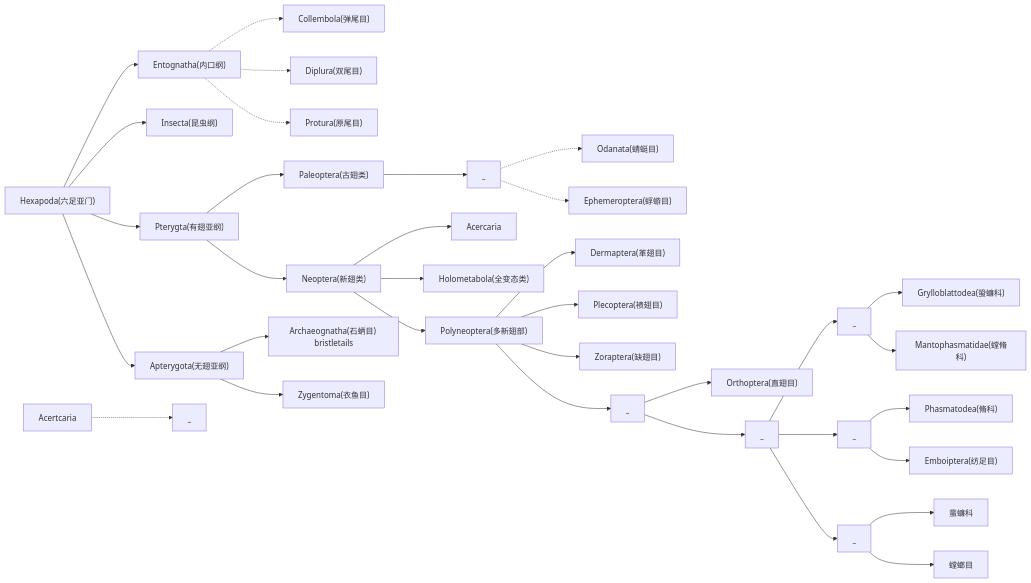
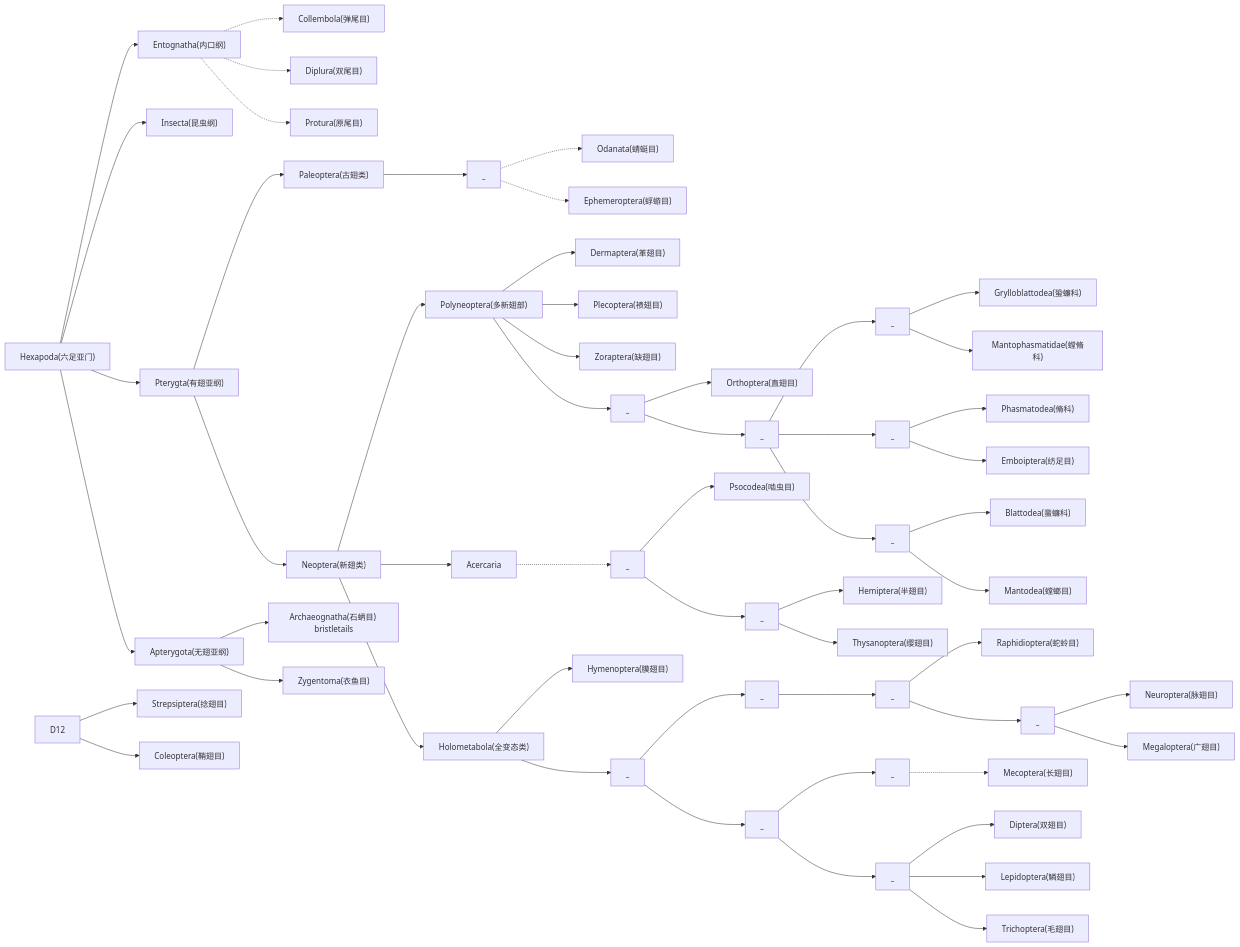
The diagram in content/概念与知识/昆虫的演化.md (threecifanggen/gotcha-hz-biodiversity), drawn with Mermaid before and after one commit.

Commit message:
add pages

````diff
--- a/content/概念与知识/昆虫的演化.md
+++ b/content/概念与知识/昆虫的演化.md
@@ -11,42 +11,64 @@
 ```mermaid
 graph LR
 	Hexapoda["Hexapoda(六足亚门)"]
 	Hexapoda --> Entognatha["Entognatha(内口纲)"]
 	Entognatha -.-> Collembola["Collembola(弹尾目)"]
 	Entognatha -.-> Diplura["Diplura(双尾目)"]
 	Entognatha -.-> Protura["Protura(原尾目)"]
 	Hexapoda --> Insecta["Insecta(昆虫纲)"]
 	Hexapoda --> Apterygota["Apterygota(无翅亚纲)"]
 	Hexapoda --> Pterygta["Pterygta(有翅亚纲)"]
 	Pterygta --> Paleoptera["Paleoptera(古翅类)"]
 	Pterygta --> Neoptera["Neoptera(新翅类)"]
 	Neoptera --> Polyneoptera["Polyneoptera(多新翅部)"]
 	Neoptera --> Acercaria["Acercaria"]
 	Neoptera --> Holometabola["Holometabola(全变态类)"]
 
 	Apterygota --> Archaeognatha["Archaeognatha(石蛃目) bristletails"]
 	Apterygota --> Zygentoma["Zygentoma(衣鱼目)"]
 
 	Paleoptera --> A["_"]
 	A -.-> Odonata["Odanata(蜻蜓目)"]
 	A -.-> Ephemeroptera["Ephemeroptera(蜉蝣目)"]
 
 	Polyneoptera --> Dermaptera["Dermaptera(革翅目)"]
 	Polyneoptera --> Plecoptera["Plecoptera(𫌀翅目)"]
 	Polyneoptera --> Zoraptera["Zoraptera(缺翅目)"]
 
 	Polyneoptera --> B["_"]
 		B --> Orthoptera["Orthoptera(直翅目)"]
 		B --> B1["_"]
 			B1 --> B11["_"]
 				B11 --> Grylloblattodea["Grylloblattodea(蛩蠊科)"]
 				B11 --> Mantophasmatodea["Mantophasmatidae(螳脩科)"]
 			B1 --> B12["_"]
 				B12 --> Phasmatodea["Phasmatodea(脩科)"]
 				B12 --> Emboiptera["Emboiptera(纺足目)"]
 			B1 --> B13["_"]
-				B13 --> Blattodea["蜚蠊科"]
-				B13 --> Mantodea["螳螂目"]
-	Acertcaria -.-> C["_"]
-	
+				B13 --> Blattodea["Blattodea(蜚蠊科)"]
+				B13 --> Mantodea["Mantodea(螳螂目)"]
+	Acercaria -.-> C["_"]
+		C --> Psocodea["Psocodea(啮虫目)"]
+		C --> C1["_"]
+			C1 --> Hemiptera["Hemiptera(半翅目)"]
+			C1 --> Thysanoptera["Thysanoptera(缨翅目)"]
+	Holometabola --> Hymenoptera["Hymenoptera(膜翅目)"]
+	Holometabola --> D["_"]
+		D --> D1["_"]
+			D1 --> D11["_"]
+				D11 --> Raphidioptera["Raphidioptera(蛇蛉目)"]
+				D11 --> D111["_"]
+					D111 --> Neuroptera["Neuroptera(脉翅目)"]
+					D111 --> Megaloptera["Megaloptera(广翅目)"]
+				D12 --> Strepsiptera["Strepsiptera(捻翅目)"]
+				D12 --> Coleoptera["Coleoptera(鞘翅目)"]
+		D --> D2["_"]
+			D2 --> D21["_"]
+				D21 -.-> Mecoptera["Mecoptera(长翅目)"]
+				D22 --> Diptera["Diptera(双翅目)"]
+			D2 --> D22["_"]
+				D22 --> Lepidoptera["Lepidoptera(鳞翅目)"]
+				D22 --> Trichoptera["Trichoptera(毛翅目)"]
+				
+			
 ```
````
